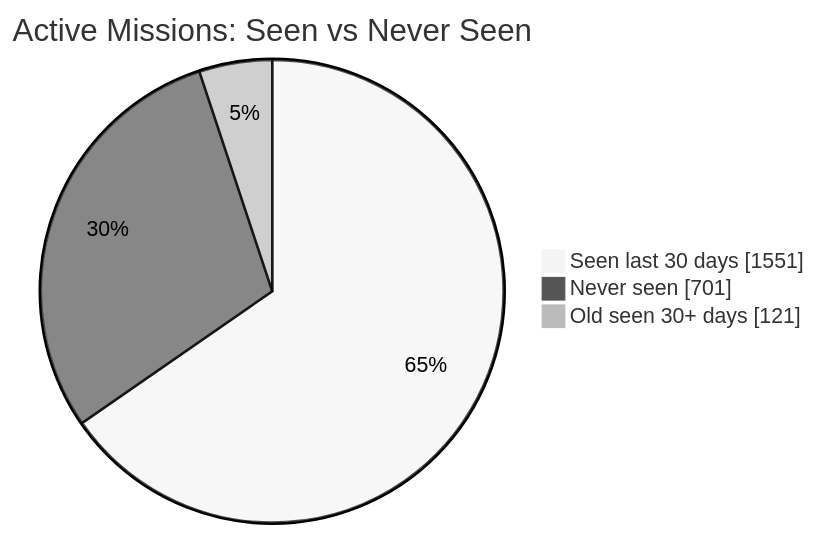
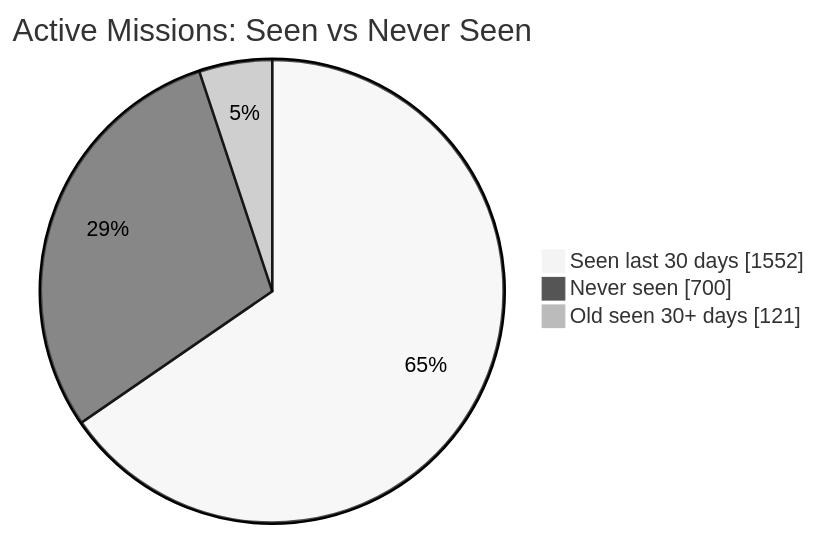
Before and after one commit to MeldkamerspelGameTeam/active-missions: the first of 2 diagrams in README.md, drawn with Mermaid (neutral theme). The commit also changed other lines of this file and 2 other files, not shown here.

````diff
--- a/README.md
+++ b/README.md
@@ -34,7 +34,7 @@
 ```mermaid
 pie showData
     title Active Missions: Seen vs Never Seen
-    "Seen last 30 days" : 1551
-    "Never seen" : 701
+    "Seen last 30 days" : 1552
+    "Never seen" : 700
     "Old seen 30+ days" : 121
 ```
````
